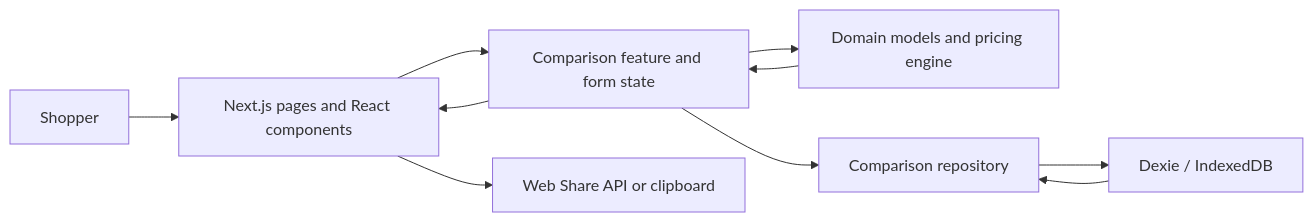
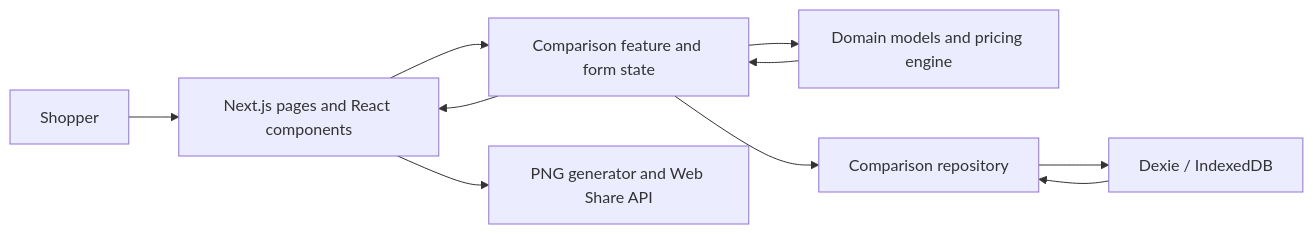
Before and after one commit to MrAkashKumar/jewellery-check-ui: the diagram in README.md, drawn with Mermaid. The commit also changed other lines of this file and 15 other files, not shown here.

````diff
--- a/README.md
+++ b/README.md
@@ -289,12 +294,12 @@
 ```mermaid
 flowchart LR
     U["Shopper"] --> UI["Next.js pages and React components"]
     UI --> F["Comparison feature and form state"]
     F --> D["Domain models and pricing engine"]
     F --> R["Comparison repository"]
     R --> DB["Dexie / IndexedDB"]
     D --> F
     DB --> R
     F --> UI
-    UI --> S["Web Share API or clipboard"]
+    UI --> S["PNG generator and Web Share API"]
 ```
````
